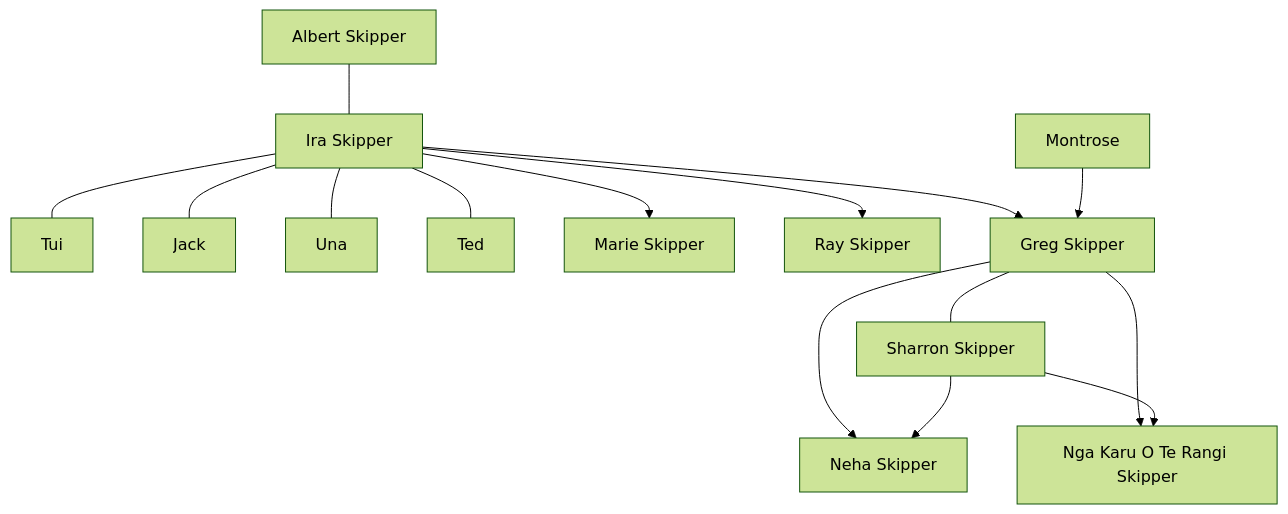
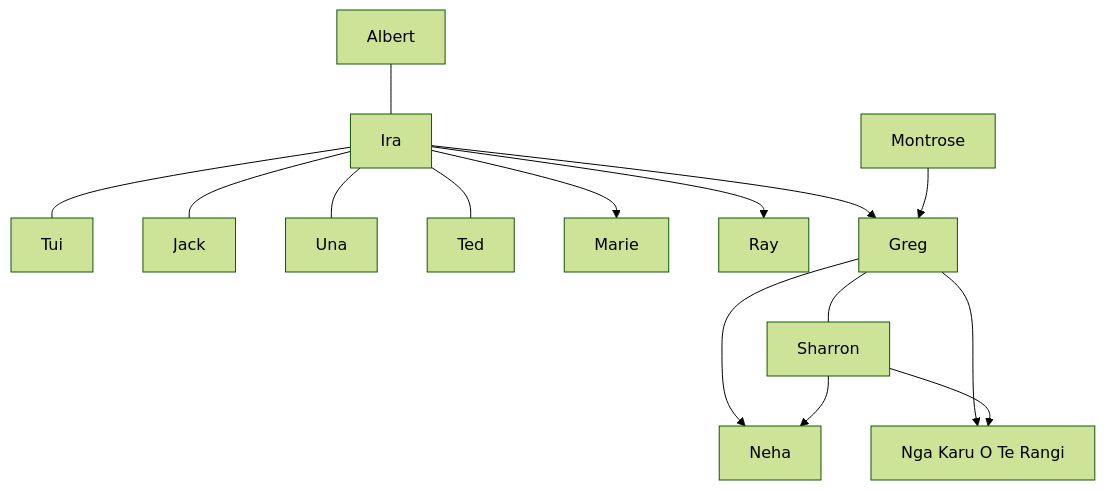
One commit to Kayskip/kipa changed the diagram in resources/family-tree/README.md. Above: the diagram before and after it, drawn with Mermaid (forest theme). The commit also changed 16 other files, not shown here.

````diff
--- a/resources/family-tree/README.md
+++ b/resources/family-tree/README.md
@@ -5,34 +5,34 @@
 ```mermaid
 flowchart TB
-  albert["Albert Skipper"]
-  ira["Ira Skipper"]
+  albert[Albert]
+  ira[Ira]
   albert --- ira
 
   tui[Tui]
   jack[Jack]
   una[Una]
   ted[Ted]
   ira --- tui
   ira --- jack
   ira --- una
   ira --- ted
 
-  marie["Marie Skipper"]
-  ray["Ray Skipper"]
-  greg["Greg Skipper"]
+  marie[Marie]
+  ray[Ray]
+  greg[Greg]
   montrose[Montrose]
   ira --> marie
   ira --> ray
   ira --> greg
   montrose --> greg
 
-  sharron["Sharron Skipper"]
+  sharron[Sharron]
   greg --- sharron
 
-  neha["Neha Skipper"]
-  karu["Nga Karu O Te Rangi Skipper"]
+  neha[Neha]
+  karu["Nga Karu O Te Rangi"]
   greg --> neha
   sharron --> neha
   greg --> karu
   sharron --> karu
 ```
````
